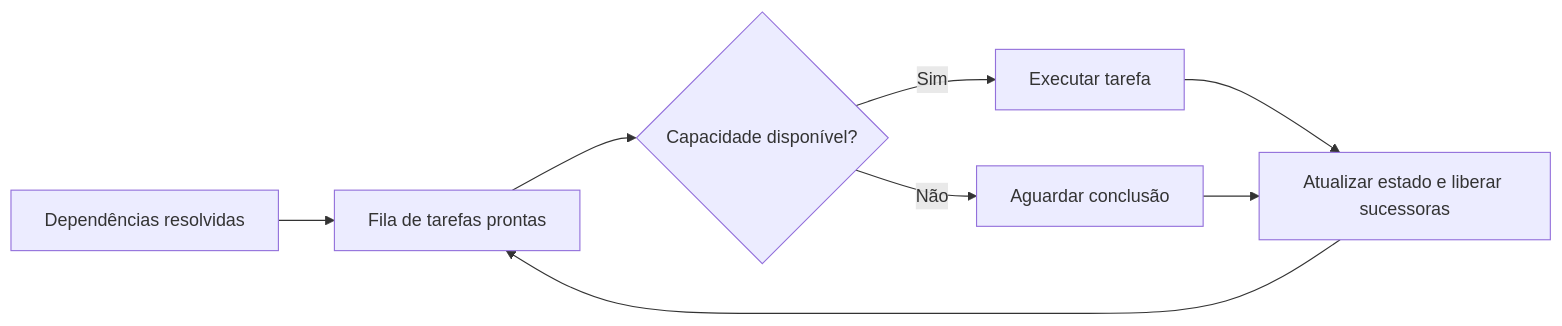
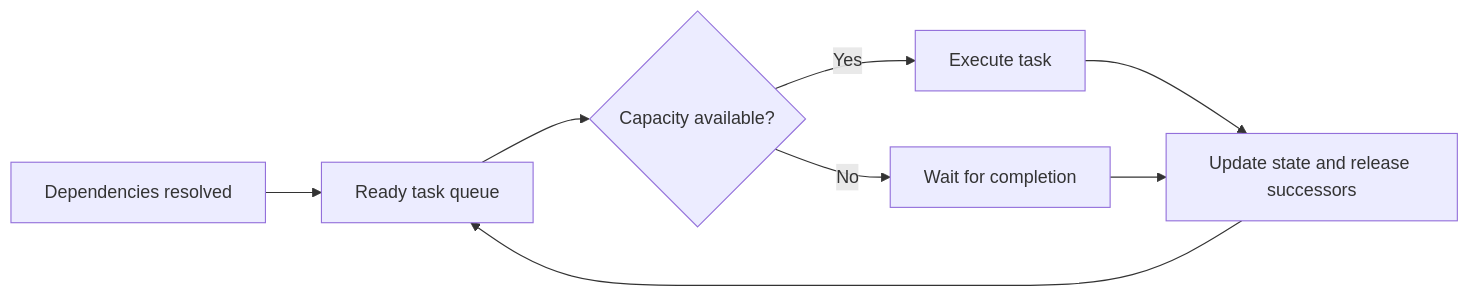
The sixth of 10 diagrams in README.md (joaomadruga/AgentCompiler), drawn with Mermaid before and after one commit. The commit also changed other lines of this file and 4 other files, not shown here.

````diff
--- a/README.md
+++ b/README.md
@@ -137,10 +137,10 @@
 ```mermaid
 flowchart LR
-    A[Dependências resolvidas] --> B[Fila de tarefas prontas]
-    B --> C{Capacidade disponível?}
-    C -->|Sim| D[Executar tarefa]
-    C -->|Não| E[Aguardar conclusão]
-    D --> F[Atualizar estado e liberar sucessoras]
+    A[Dependencies resolved] --> B[Ready task queue]
+    B --> C{Capacity available?}
+    C -->|Yes| D[Execute task]
+    C -->|No| E[Wait for completion]
+    D --> F[Update state and release successors]
     E --> F
     F --> B
 ```
````
